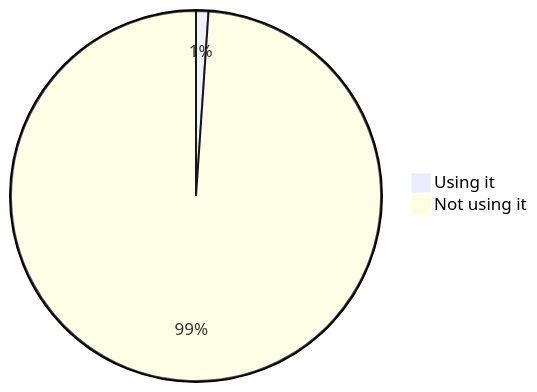
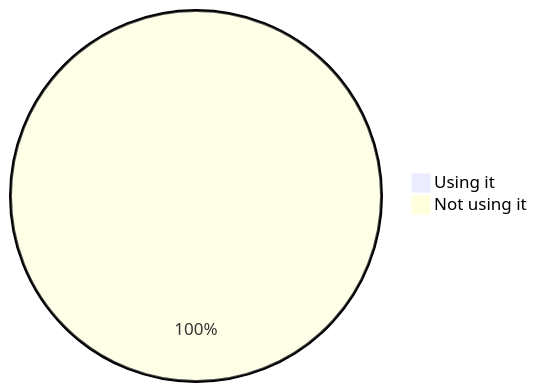
One commit to oshp/oshp-stats changed the ninth of 18 diagrams in stats.md. Above: the diagram before and after it, drawn with Mermaid. The commit also changed other lines of this file and 1 other file, not shown here.

````diff
--- a/stats.md
+++ b/stats.md
@@ -104,6 +104,6 @@
 ```mermaid
 pie
-	"Using it" : 1.08
-	"Not using it" : 98.92
+	"Using it" : 0.43
+	"Not using it" : 99.57
 
 ```
````
